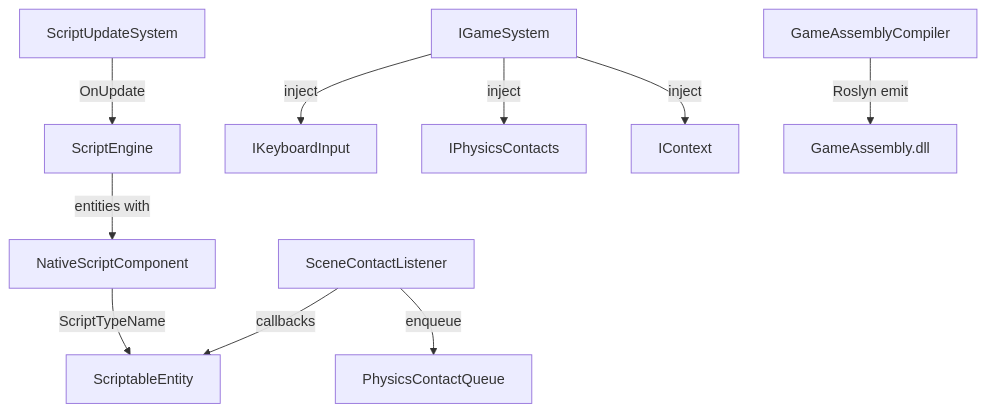
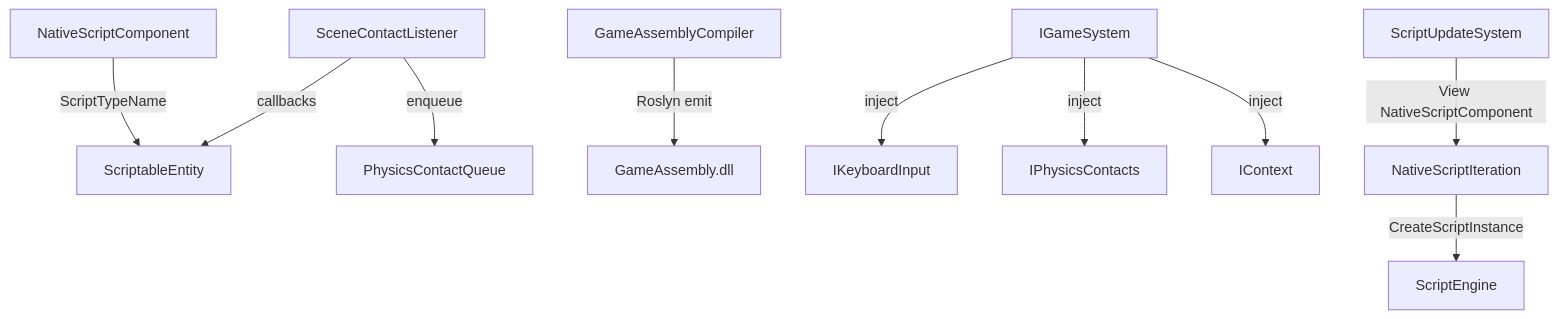
One commit to kateusz/GameEngine changed the diagram in docs/architecture/scripting-lifecycle.md. Above: the diagram before and after it, drawn with Mermaid. The commit also changed other lines of this file and 14 other files, not shown here.

Commit message:
Move Script Iteration into ScriptUpdateSystem

````diff
--- a/docs/architecture/scripting-lifecycle.md
+++ b/docs/architecture/scripting-lifecycle.md
@@ -13,22 +13,22 @@
 ```mermaid
 graph TD
     GameAssemblyCompiler["GameAssemblyCompiler"]
     ScriptEngine["ScriptEngine"]
     ScriptableEntity["ScriptableEntity"]
     NativeScriptComponent["NativeScriptComponent"]
     ScriptUpdateSystem["ScriptUpdateSystem"]
     SceneContactListener["SceneContactListener"]
     IGameSystem["IGameSystem"]
     IKeyboardInput["IKeyboardInput"]
     IPhysicsContacts["IPhysicsContacts"]
 
     GameAssemblyCompiler -->|Roslyn emit| GameAssembly["GameAssembly.dll"]
-    ScriptUpdateSystem -->|OnUpdate| ScriptEngine
-    ScriptEngine -->|entities with| NativeScriptComponent
+    ScriptUpdateSystem -->|View NativeScriptComponent| NativeScriptIteration
+    NativeScriptIteration -->|CreateScriptInstance| ScriptEngine
     NativeScriptComponent -->|ScriptTypeName| ScriptableEntity
     SceneContactListener -->|callbacks| ScriptableEntity
     SceneContactListener -->|enqueue| PhysicsContactQueue
     IGameSystem -->|inject| IKeyboardInput
     IGameSystem -->|inject| IPhysicsContacts
     IGameSystem -->|inject| IContext
 ```
````
